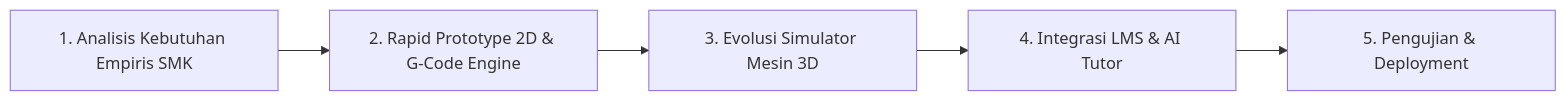
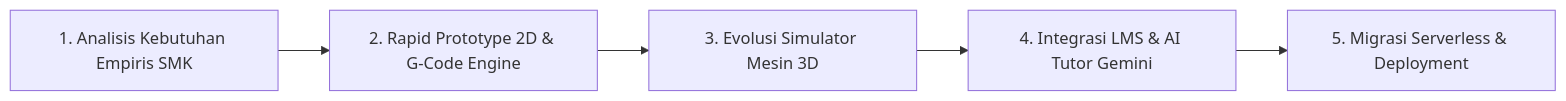
Before and after one commit to FataFavian/SiNC: the first of 2 diagrams in README.md, drawn with Mermaid. The commit also changed other lines of this file and 1 other file, not shown here.

Commit message:
docs(readme): update system architecture diagram and comprehensive competition documentation

````diff
--- a/README.md
+++ b/README.md
@@ -61,7 +68,7 @@
 ```mermaid
 flowchart LR
     A[1. Analisis Kebutuhan Empiris SMK] --> B[2. Rapid Prototype 2D & G-Code Engine]
     B --> C[3. Evolusi Simulator Mesin 3D]
-    C --> D[4. Integrasi LMS & AI Tutor]
-    D --> E[5. Pengujian & Deployment]
+    C --> D[4. Integrasi LMS & AI Tutor Gemini]
+    D --> E[5. Migrasi Serverless & Deployment]
 ```
````
